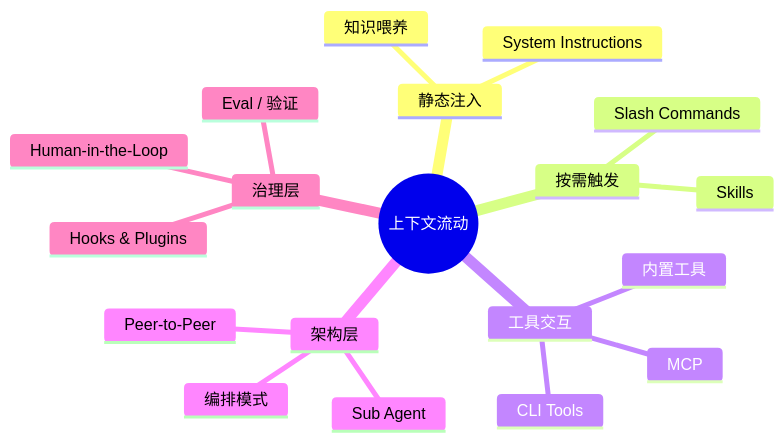
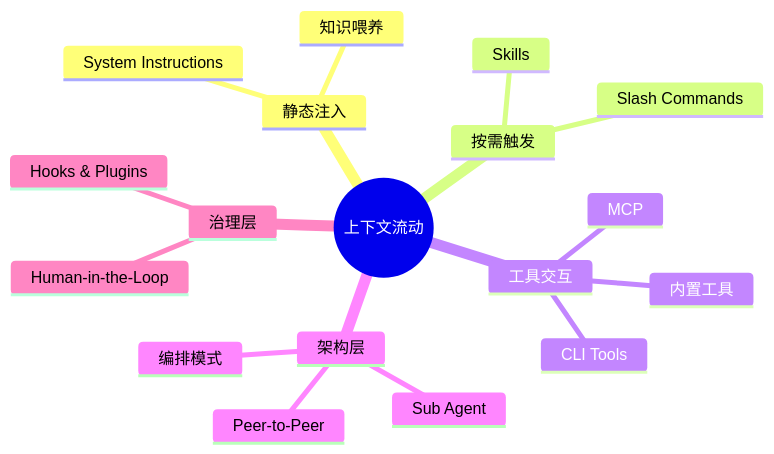
The fourth of 4 diagrams in docs/guide/context.md (cuipengfei/adopt-agentic), drawn with Mermaid before and after one commit. The commit also changed other lines of this file and 37 other files, not shown here.

````diff
--- a/docs/guide/context.md
+++ b/docs/guide/context.md
@@ -303,22 +307,21 @@
 ```mermaid
 mindmap
   root((上下文流动))
     静态注入
       System Instructions
       知识喂养
     按需触发
       Slash Commands
       Skills
     工具交互
       内置工具
       MCP
       CLI Tools
     架构层
       编排模式
       Sub Agent
       Peer-to-Peer
     治理层
-      Eval / 验证
       Human-in-the-Loop
       Hooks & Plugins
 ```
````
